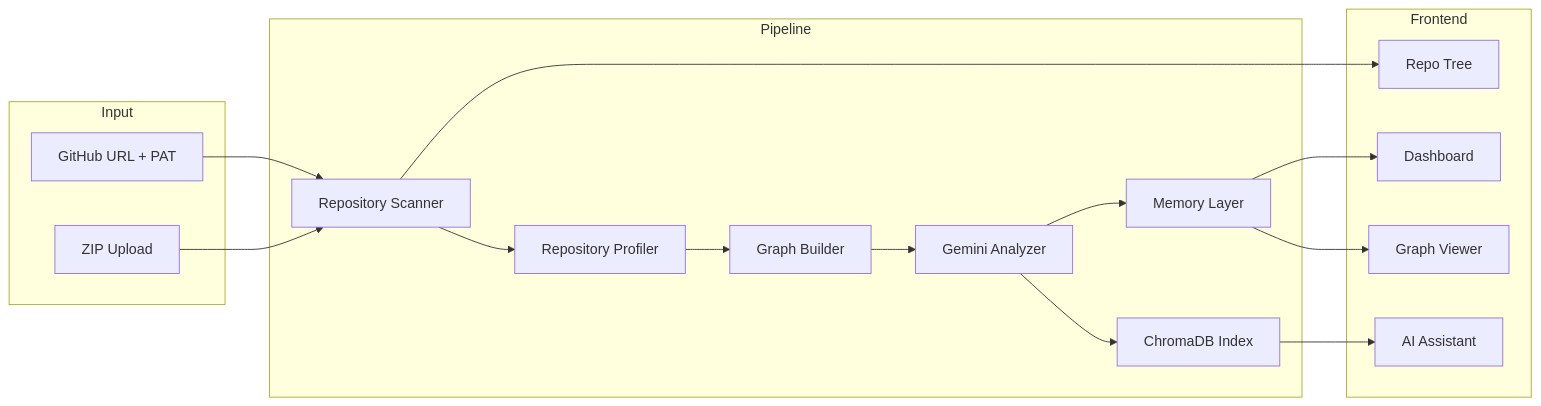
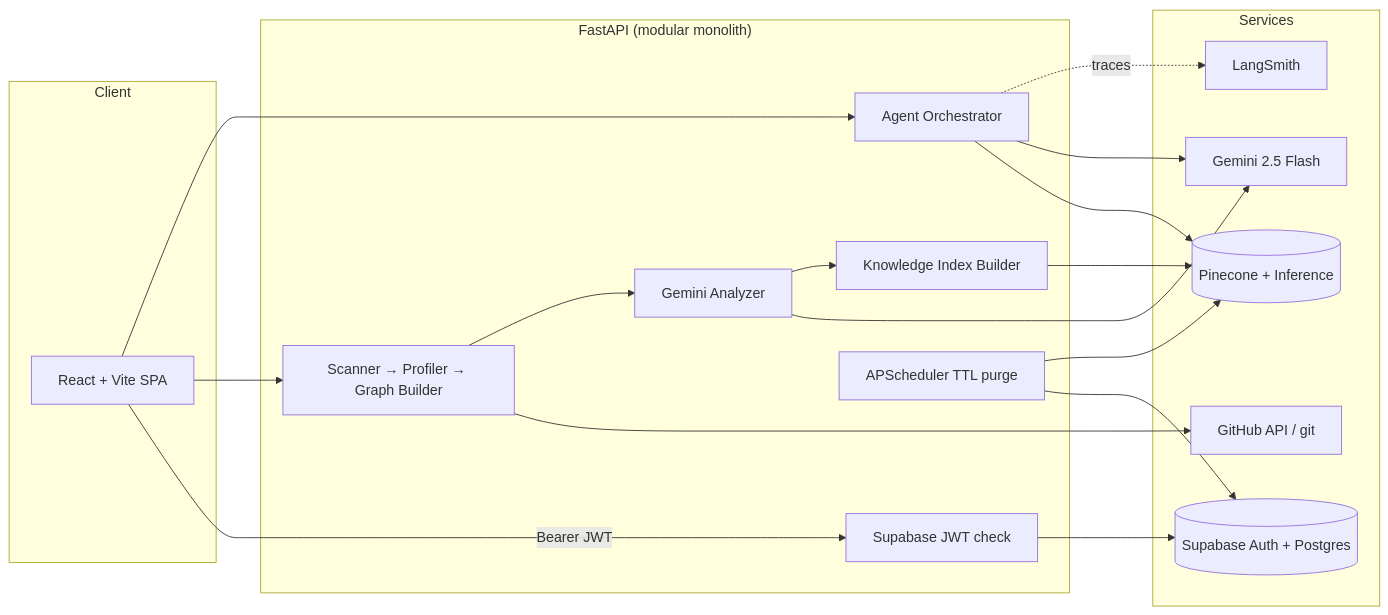
The diagram in README.md (G-Madhuri/Repository-Intelligence-RAG), drawn with Mermaid before and after one commit. The commit also changed other lines of this file, not shown here.

````diff
--- a/README.md
+++ b/README.md
@@ -34,32 +55,32 @@
 ```mermaid
 flowchart LR
-  subgraph Input
-    URL[GitHub URL + PAT]
-    ZIP[ZIP Upload]
+  subgraph Client
+    UI[React + Vite SPA]
   end
-  subgraph Pipeline
-    Scan[Repository Scanner]
-    Profile[Repository Profiler]
-    Graph[Graph Builder]
+  subgraph Backend["FastAPI (modular monolith)"]
+    Auth[Supabase JWT check]
+    Ingest[Scanner → Profiler → Graph Builder]
     LLM[Gemini Analyzer]
-    Mem[Memory Layer]
-    Chroma[ChromaDB Index]
+    Index[Knowledge Index Builder]
+    Orch[Agent Orchestrator]
+    Sched[APScheduler TTL purge]
   end
-  subgraph Frontend
-    Tree[Repo Tree]
-    Dash[Dashboard]
-    GraphV[Graph Viewer]
-    Chat[AI Assistant]
+  subgraph Services
+    SB[(Supabase Auth + Postgres)]
+    GH[GitHub API / git]
+    GEM[Gemini 2.5 Flash]
+    PC[(Pinecone + Inference)]
+    LS[LangSmith]
   end
-  URL --> Scan
-  ZIP --> Scan
-  Scan --> Profile
-  Profile --> Graph
-  Graph --> LLM
-  LLM --> Mem
-  LLM --> Chroma
-  Mem --> Dash
-  Scan --> Tree
-  Mem --> GraphV
-  Chroma --> Chat
+
+  UI -- Bearer JWT --> Auth --> SB
+  UI --> Ingest --> GH
+  Ingest --> LLM --> GEM
+  LLM --> Index --> PC
+  UI --> Orch
+  Orch --> PC
+  Orch --> GEM
+  Orch -. traces .-> LS
+  Sched --> SB
+  Sched --> PC
 ```
````
